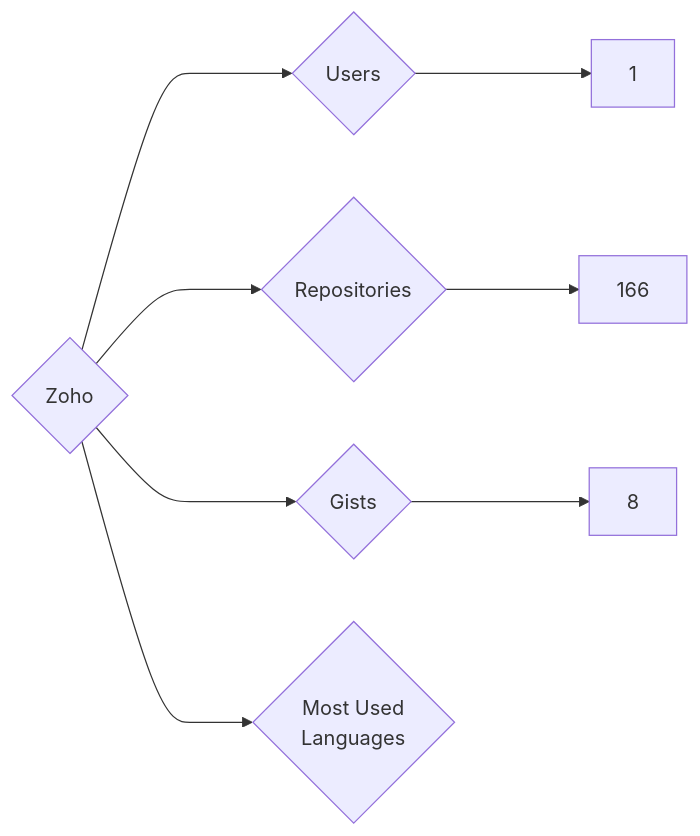
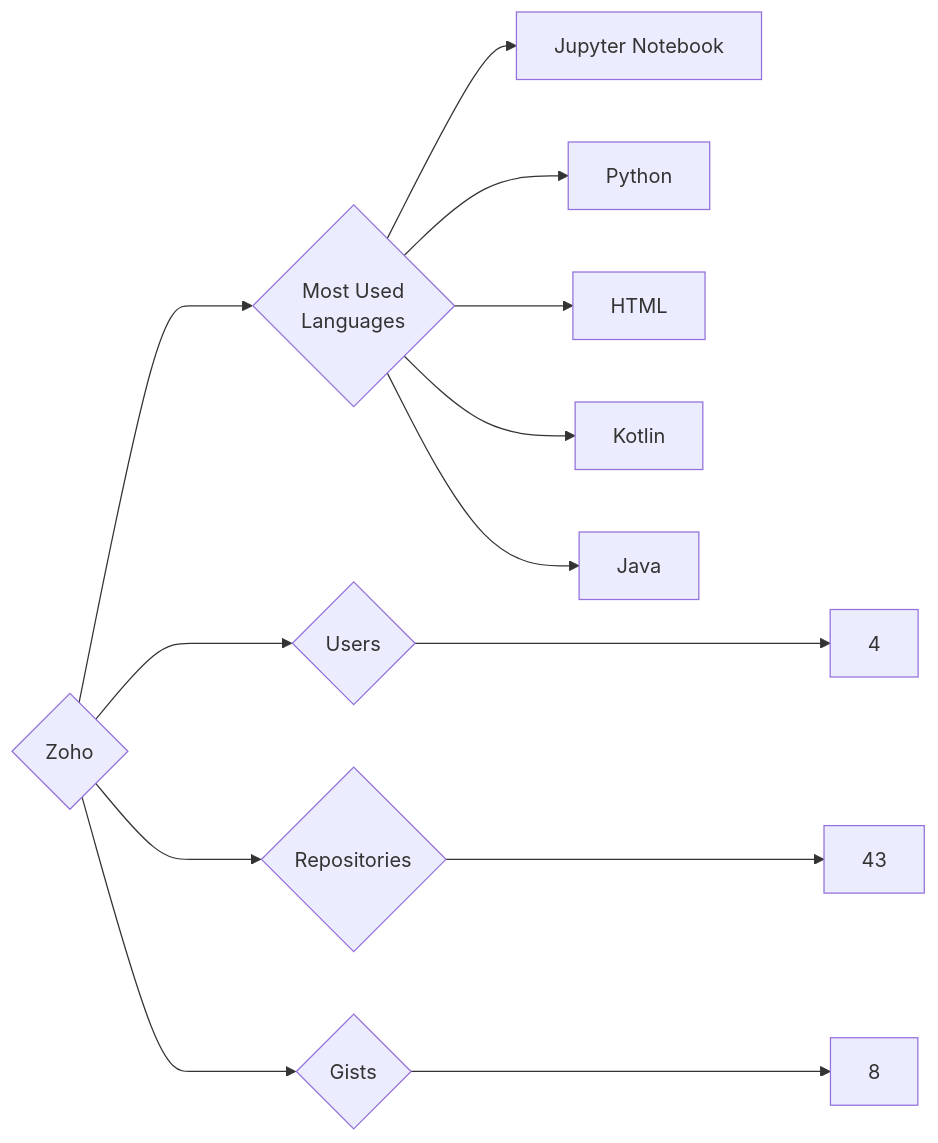
The diagram in targets/Zoho/README.md (trickest/insiders), drawn with Mermaid before and after one commit. The commit also changed 898 other files, not shown here.

````diff
--- a/targets/Zoho/README.md
+++ b/targets/Zoho/README.md
@@ -3,8 +3,13 @@
 ```mermaid
 graph LR
 COMPANY_NAME{Zoho}
-COMPANY_NAME ---> U{Users} ---> UN[1]
-COMPANY_NAME ---> R{Repositories} ---> RN[166]
+COMPANY_NAME ---> U{Users} ---> UN[4]
+COMPANY_NAME ---> R{Repositories} ---> RN[43]
 COMPANY_NAME ---> G{Gists} ---> GN[8]
 COMPANY_NAME ---> ML{Most Used<br>Languages}
+ML --> Jupyter_Notebook[Jupyter Notebook]
+ML --> Python[Python]
+ML --> HTML[HTML]
+ML --> Kotlin[Kotlin]
+ML --> Java[Java]
 ```
````
